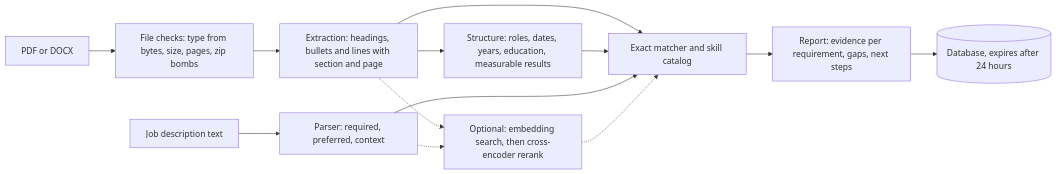
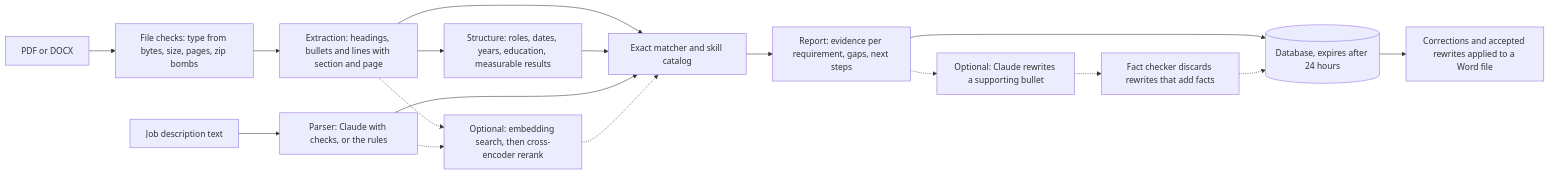
Before and after one commit to rahulmurarisetty/resume-evidence-matcher: the diagram in README.md, drawn with Mermaid. The commit also changed other lines of this file and 46 other files, not shown here.

First line of the commit message:
v0.3.0: Claude parsing and rewrites, fact checker, edits and Word export

````diff
--- a/README.md
+++ b/README.md
@@ -218,15 +287,19 @@
 ```mermaid
 flowchart LR
     A[PDF or DOCX] --> B[File checks: type from bytes, size, pages, zip bombs]
     B --> C[Extraction: headings, bullets and lines with section and page]
     C --> S[Structure: roles, dates, years, education, measurable results]
-    D[Job description text] --> E[Parser: required, preferred, context]
+    D[Job description text] --> E[Parser: Claude with checks, or the rules]
     C --> F[Exact matcher and skill catalog]
     S --> F
     E --> F
     C -.-> M[Optional: embedding search, then cross-encoder rerank]
     E -.-> M
     M -.-> F
     F --> G[Report: evidence per requirement, gaps, next steps]
     G --> H[(Database, expires after 24 hours)]
+    G -.-> R[Optional: Claude rewrites a supporting bullet]
+    R -.-> K[Fact checker discards rewrites that add facts]
+    K -.-> H
+    H --> X[Corrections and accepted rewrites applied to a Word file]
 ```
````
